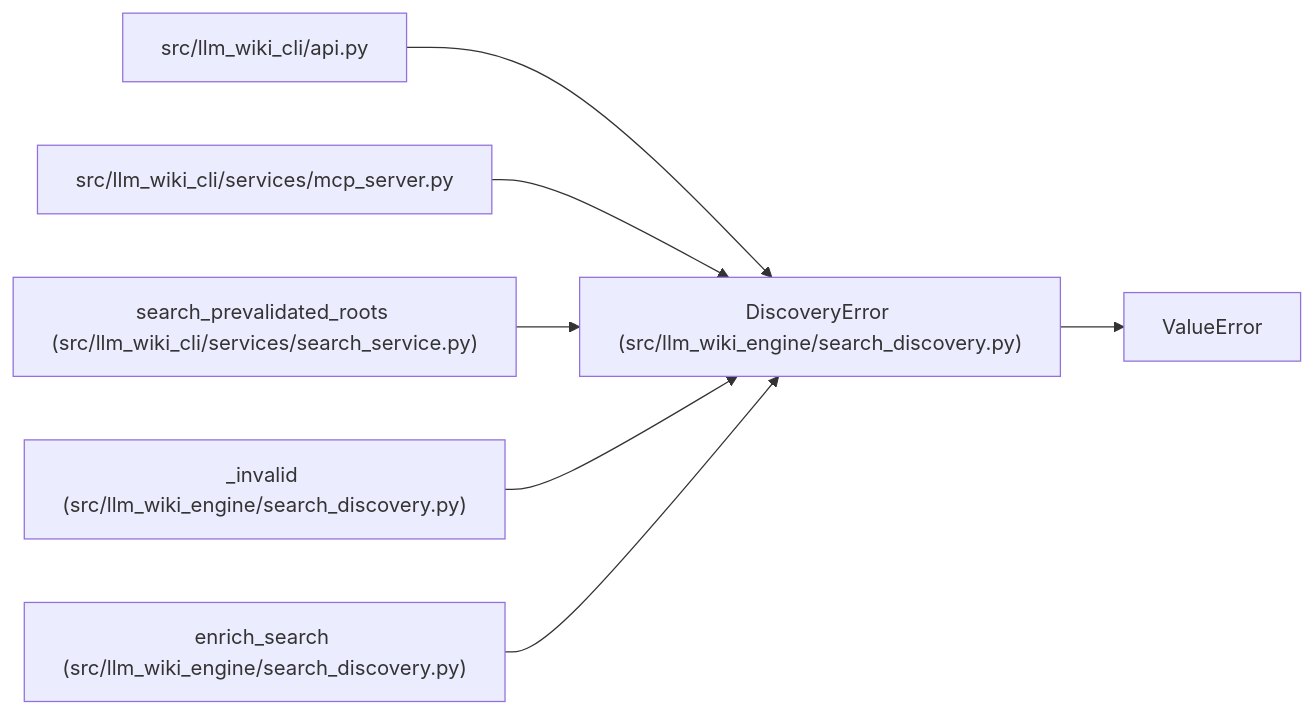
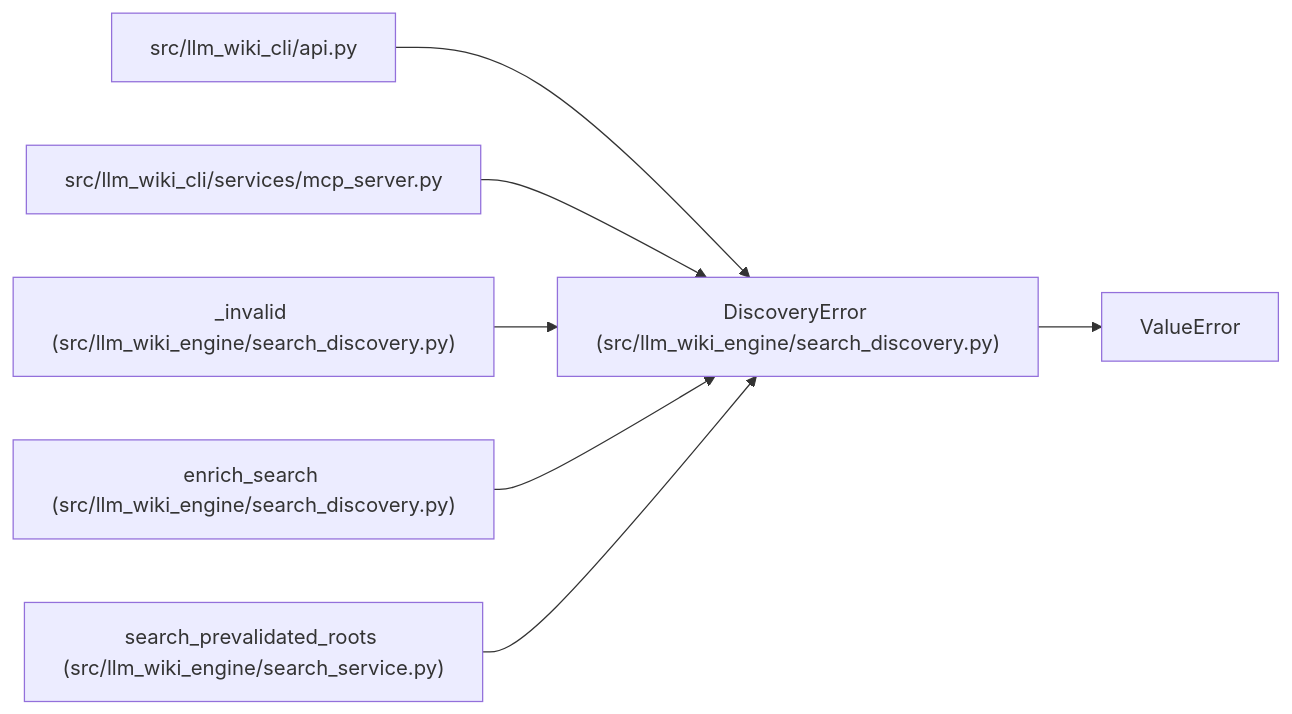
The diagram in docs/llm_wiki/entities/DiscoveryError.md (Denissvgn/python-wiki-llm), drawn with Mermaid before and after one commit. The commit also changed 648 other files, not shown here.

Commit message:
docs: refresh the wiki for the engine task contract and search

````diff
--- a/docs/llm_wiki/entities/DiscoveryError.md
+++ b/docs/llm_wiki/entities/DiscoveryError.md
@@ -25,22 +25,22 @@
 ```mermaid
 flowchart LR
     n0["DiscoveryError (src/llm_wiki_engine/search_discovery.py)"]
     n1["ValueError"]
     n2["src/llm_wiki_cli/api.py"]
     n3["src/llm_wiki_cli/services/mcp_server.py"]
-    n4["search_prevalidated_roots (src/llm_wiki_cli/services/search_service.py)"]
-    n5["_invalid (src/llm_wiki_engine/search_discovery.py)"]
-    n6["enrich_search (src/llm_wiki_engine/search_discovery.py)"]
+    n4["_invalid (src/llm_wiki_engine/search_discovery.py)"]
+    n5["enrich_search (src/llm_wiki_engine/search_discovery.py)"]
+    n6["search_prevalidated_roots (src/llm_wiki_engine/search_service.py)"]
     n0 --> n1
     n2 --> n0
     n3 --> n0
     n4 --> n0
     n5 --> n0
     n6 --> n0
     click n0 "../modules/search_discovery.md"
     click n2 "../modules/api.md"
     click n3 "../modules/mcp_server.md"
-    click n4 "../modules/search_service.md"
+    click n4 "../modules/search_discovery.md"
     click n5 "../modules/search_discovery.md"
-    click n6 "../modules/search_discovery.md"
+    click n6 "../modules/search_service.md"
 ```
````
